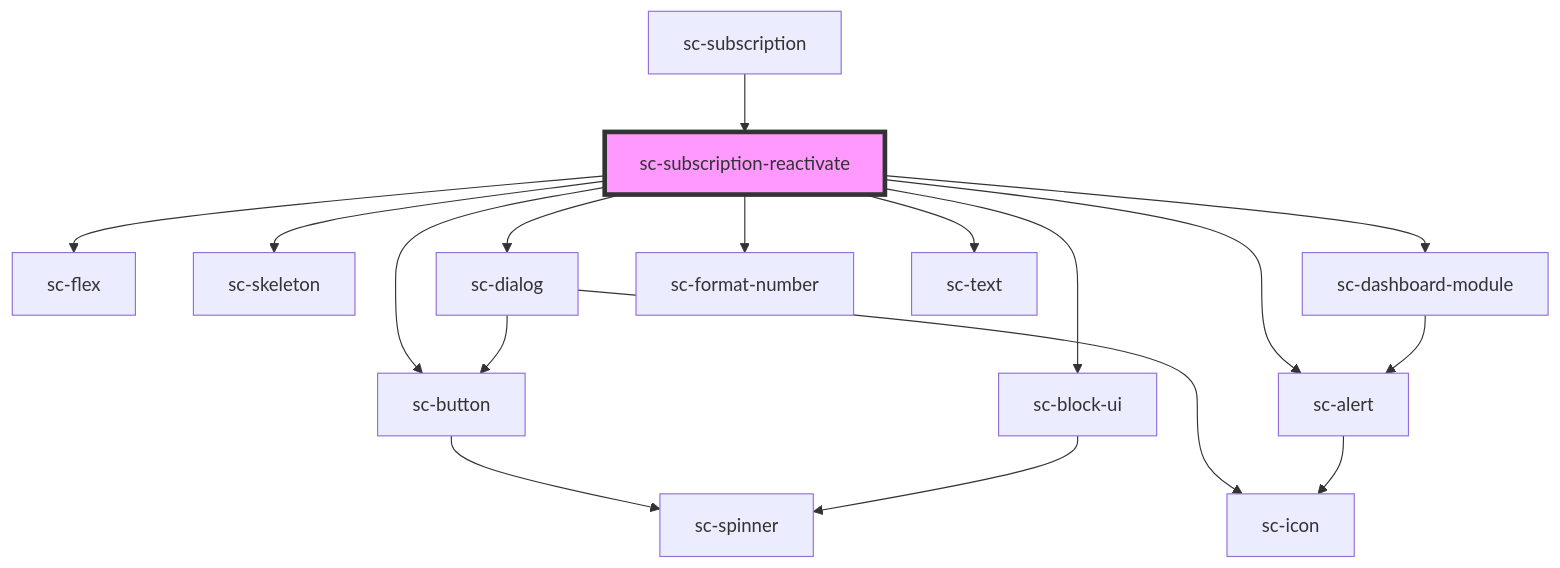
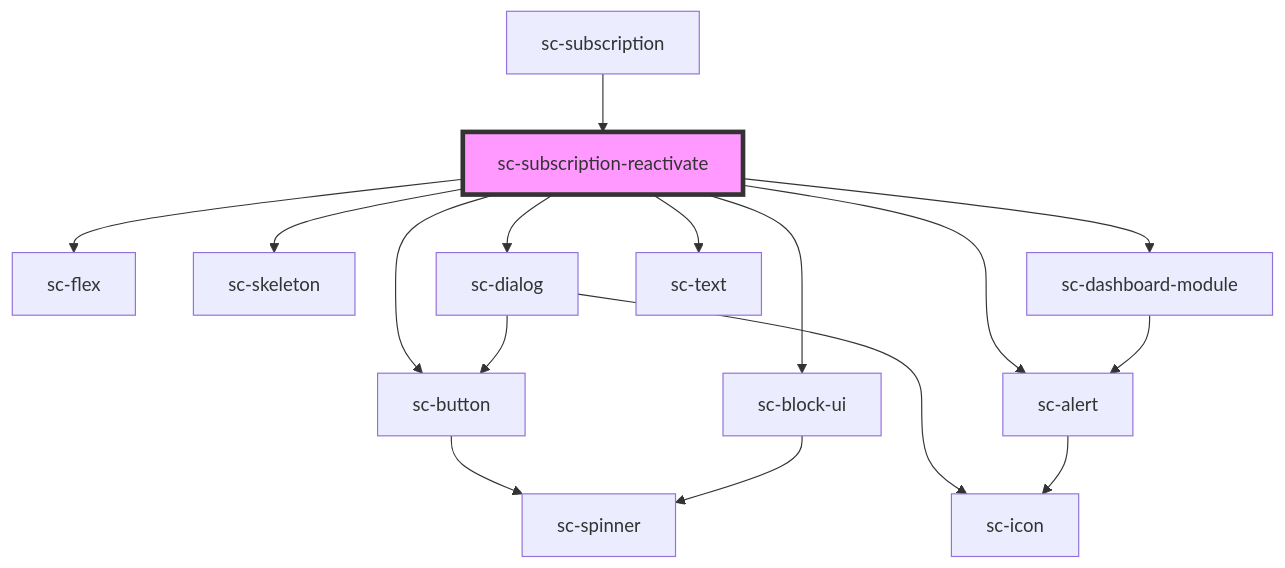
One commit to surecart/surecart-wp-plugin changed the diagram in packages/components/src/components/controllers/dashboard/subscription-reactivate/readme.md. Above: the diagram before and after it, drawn with Mermaid. The commit also changed other lines of this file and 37 other files, not shown here.

````diff
--- a/packages/components/src/components/controllers/dashboard/subscription-reactivate/readme.md
+++ b/packages/components/src/components/controllers/dashboard/subscription-reactivate/readme.md
@@ -43,20 +42,19 @@
 ```mermaid
 graph TD;
   sc-subscription-reactivate --> sc-flex
   sc-subscription-reactivate --> sc-skeleton
   sc-subscription-reactivate --> sc-dialog
   sc-subscription-reactivate --> sc-dashboard-module
   sc-subscription-reactivate --> sc-alert
-  sc-subscription-reactivate --> sc-format-number
   sc-subscription-reactivate --> sc-text
   sc-subscription-reactivate --> sc-button
   sc-subscription-reactivate --> sc-block-ui
   sc-dialog --> sc-button
   sc-dialog --> sc-icon
   sc-button --> sc-spinner
   sc-dashboard-module --> sc-alert
   sc-alert --> sc-icon
   sc-block-ui --> sc-spinner
   sc-subscription --> sc-subscription-reactivate
   style sc-subscription-reactivate fill:#f9f,stroke:#333,stroke-width:4px
 ```
````
